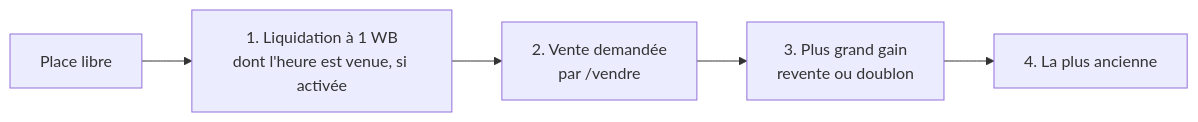
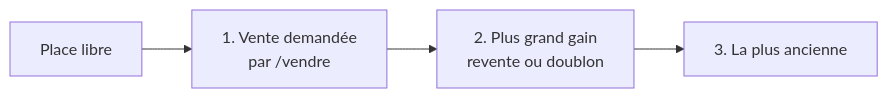
Before and after one commit to MaKSiiMe/WikiMastered: the fifth of 8 diagrams in docs/FONCTIONNEMENT.md, drawn with Mermaid. The commit also changed other lines of this file and 12 other files, not shown here.

First line of the commit message:
Reventes : plus jamais à 1 WB, une carte invendue est gardée et étiquetée (#165)

````diff
--- a/docs/FONCTIONNEMENT.md
+++ b/docs/FONCTIONNEMENT.md
@@ -162,7 +162,6 @@
 ```mermaid
 flowchart LR
-    P["Place libre"] --> A["1. Liquidation à 1 WB<br/>dont l'heure est venue, si activée"]
-    A --> V["2. Vente demandée<br/>par /vendre"]
-    V --> B["3. Plus grand gain<br/>revente ou doublon"]
-    B --> C["4. La plus ancienne"]
+    P["Place libre"] --> V["1. Vente demandée<br/>par /vendre"]
+    V --> B["2. Plus grand gain<br/>revente ou doublon"]
+    B --> C["3. La plus ancienne"]
 ```
````
